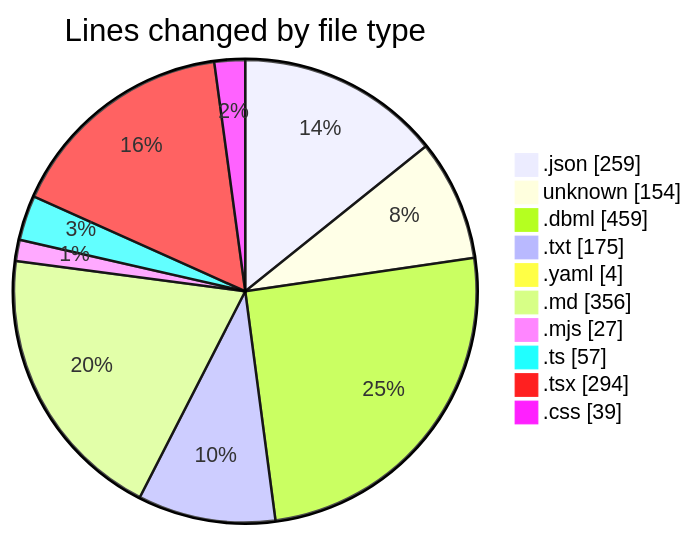
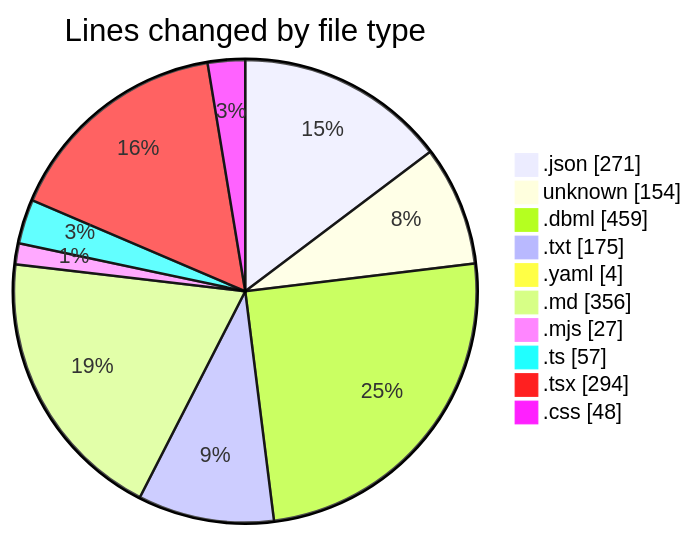
Before and after one commit to mevix1/code-tracking: the first of 2 diagrams in 2025-10-02/oura-api/README.md, drawn with Mermaid. The commit also changed other lines of this file and 1 other file, not shown here.

````diff
--- a/2025-10-02/oura-api/README.md
+++ b/2025-10-02/oura-api/README.md
@@ -45,14 +45,14 @@
 ```mermaid
 pie showData
 title Lines changed by file type
-".json" : 259
+".json" : 271
 "unknown" : 154
 ".dbml" : 459
 ".txt" : 175
 ".yaml" : 4
 ".md" : 356
 ".mjs" : 27
 ".ts" : 57
 ".tsx" : 294
-".css" : 39
+".css" : 48
 ```
````
